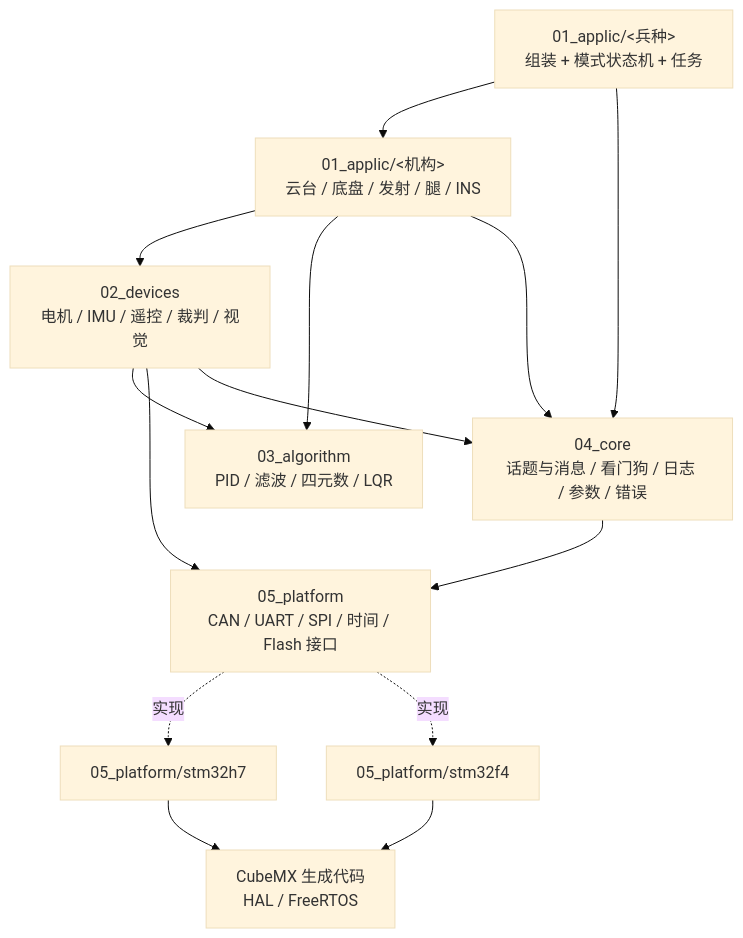
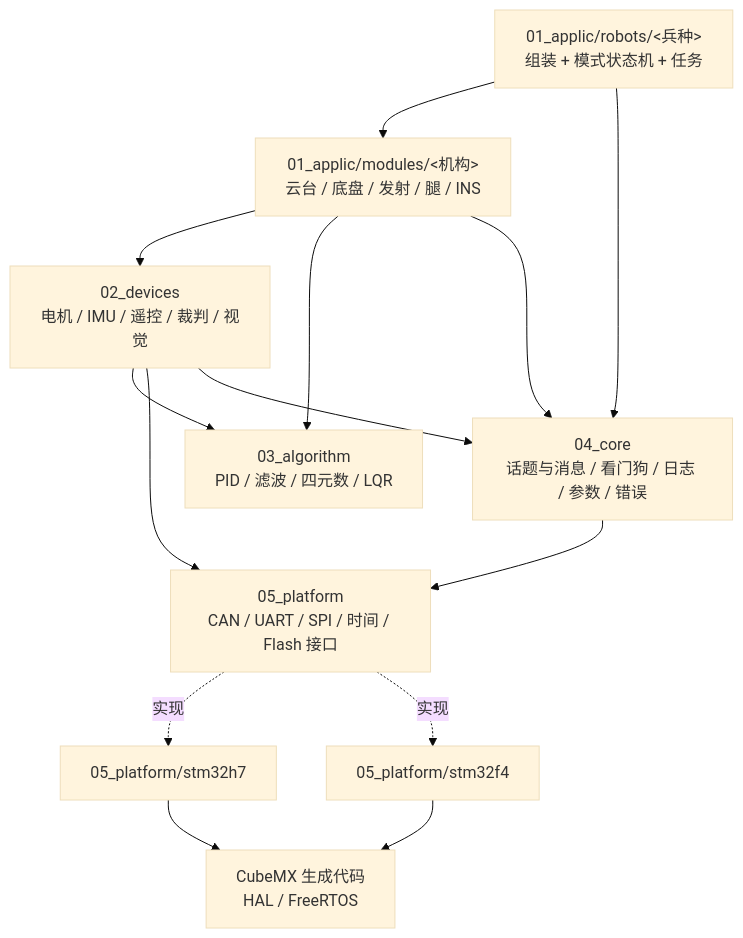
Before and after one commit to X0create/COD_RoboCore: the first of 3 diagrams in docs/ARCHITECTURE.md, drawn with Mermaid (base theme). The commit also changed other lines of this file and 39 other files, not shown here.

First line of the commit message:
refactor(applic): 01_applic 分 system / modules / robots 三类子目录（ADR 0054）

````diff
--- a/docs/ARCHITECTURE.md
+++ b/docs/ARCHITECTURE.md
@@ -111,25 +111,25 @@
 ```mermaid
 flowchart TD
-    APP["01_applic/<兵种><br/>组装 + 模式状态机 + 任务"]
-    SUB["01_applic/<机构><br/>云台 / 底盘 / 发射 / 腿 / INS"]
+    APP["01_applic/robots/<兵种><br/>组装 + 模式状态机 + 任务"]
+    SUB["01_applic/modules/<机构><br/>云台 / 底盘 / 发射 / 腿 / INS"]
     DEV["02_devices<br/>电机 / IMU / 遥控 / 裁判 / 视觉"]
     ALG["03_algorithm<br/>PID / 滤波 / 四元数 / LQR"]
     CORE["04_core<br/>话题与消息 / 看门狗 / 日志 / 参数 / 错误"]
     PLAT["05_platform<br/>CAN / UART / SPI / 时间 / Flash 接口"]
     H7["05_platform/stm32h7"]
     F4["05_platform/stm32f4"]
     GEN["CubeMX 生成代码<br/>HAL / FreeRTOS"]
     APP --> SUB
     APP --> CORE
     SUB --> DEV
     SUB --> ALG
     DEV --> ALG
     DEV --> PLAT
     SUB --> CORE
     DEV --> CORE
     CORE --> PLAT
     PLAT -.实现.-> H7
     PLAT -.实现.-> F4
     H7 --> GEN
     F4 --> GEN
 ```
````
